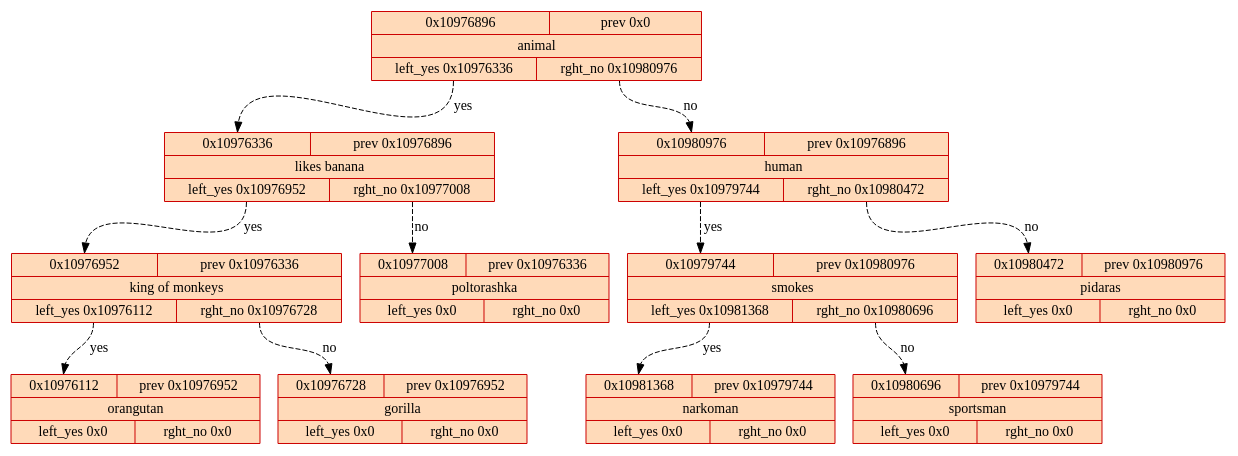
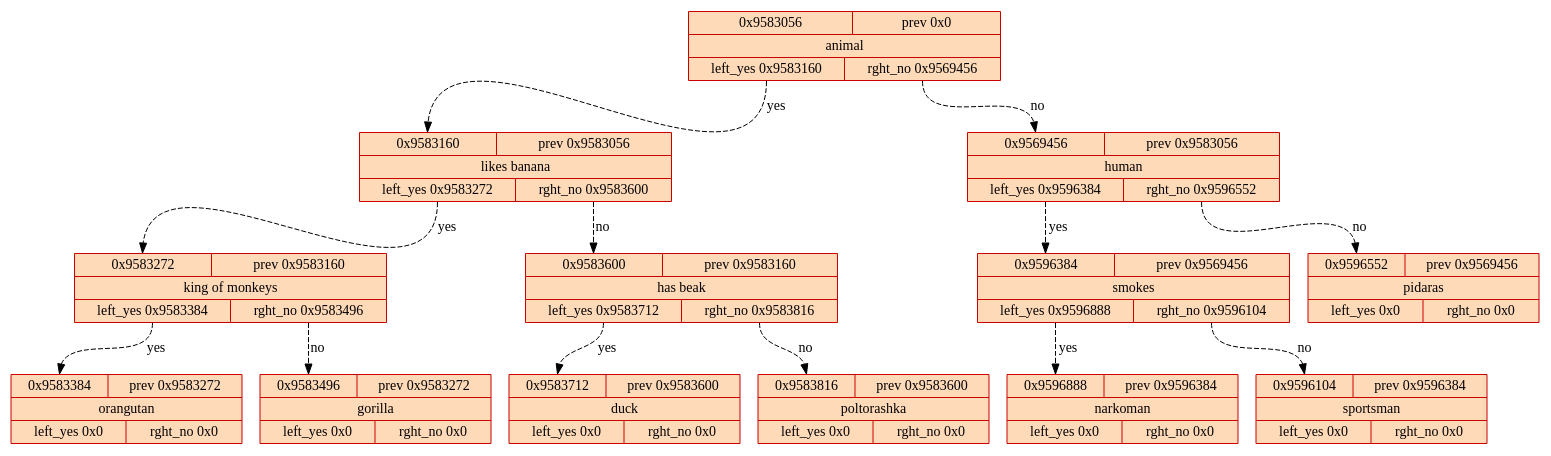
The diagram in tree_graph.gv (Art8mish/Akinator), drawn with Graphviz before and after one commit. The commit also changed 14 other files, not shown here.

```diff
--- a/tree_graph.gv
+++ b/tree_graph.gv
@@ -1,25 +1,29 @@
 digraph tree{
 	rankdir=TB;
 spline = ortho;
-	10976896[style="filled",fillcolor="peachpuff"shape=record,color=red3,label="{{<f0> 0x10976896 |<f3>prev 0x0}|animal|{<f2>left_yes 0x10976336 | <f1>rght_no 0x10980976}}"]
-	10976896:<f2>:s->10976336:<f0>:n[weight = 1, constraint=true, style="dashed", label="yes"]
-	10976896:<f1>:s->10980976:<f0>:n[weight = 1, constraint=true, style="dashed", label="no"]
-	10980976[style="filled",fillcolor="peachpuff"shape=record,color=red3,label="{{<f0> 0x10980976 |<f3>prev 0x10976896}|human|{<f2>left_yes 0x10979744 | <f1>rght_no 0x10980472}}"]
-	10980976:<f2>:s->10979744:<f0>:n[weight = 1, constraint=true, style="dashed", label="yes"]
-	10980976:<f1>:s->10980472:<f0>:n[weight = 1, constraint=true, style="dashed", label="no"]
-	10980472[style="filled",fillcolor="peachpuff"shape=record,color=red3,label="{{<f0> 0x10980472 |<f3>prev 0x10980976}|pidaras|{<f2>left_yes 0x0 | <f1>rght_no 0x0}}"]
-	10979744[style="filled",fillcolor="peachpuff"shape=record,color=red3,label="{{<f0> 0x10979744 |<f3>prev 0x10980976}|smokes|{<f2>left_yes 0x10981368 | <f1>rght_no 0x10980696}}"]
-	10979744:<f2>:s->10981368:<f0>:n[weight = 1, constraint=true, style="dashed", label="yes"]
-	10979744:<f1>:s->10980696:<f0>:n[weight = 1, constraint=true, style="dashed", label="no"]
-	10980696[style="filled",fillcolor="peachpuff"shape=record,color=red3,label="{{<f0> 0x10980696 |<f3>prev 0x10979744}|sportsman|{<f2>left_yes 0x0 | <f1>rght_no 0x0}}"]
-	10981368[style="filled",fillcolor="peachpuff"shape=record,color=red3,label="{{<f0> 0x10981368 |<f3>prev 0x10979744}|narkoman|{<f2>left_yes 0x0 | <f1>rght_no 0x0}}"]
-	10976336[style="filled",fillcolor="peachpuff"shape=record,color=red3,label="{{<f0> 0x10976336 |<f3>prev 0x10976896}|likes banana|{<f2>left_yes 0x10976952 | <f1>rght_no 0x10977008}}"]
-	10976336:<f2>:s->10976952:<f0>:n[weight = 1, constraint=true, style="dashed", label="yes"]
-	10976336:<f1>:s->10977008:<f0>:n[weight = 1, constraint=true, style="dashed", label="no"]
-	10977008[style="filled",fillcolor="peachpuff"shape=record,color=red3,label="{{<f0> 0x10977008 |<f3>prev 0x10976336}|poltorashka|{<f2>left_yes 0x0 | <f1>rght_no 0x0}}"]
-	10976952[style="filled",fillcolor="peachpuff"shape=record,color=red3,label="{{<f0> 0x10976952 |<f3>prev 0x10976336}|king of monkeys|{<f2>left_yes 0x10976112 | <f1>rght_no 0x10976728}}"]
-	10976952:<f2>:s->10976112:<f0>:n[weight = 1, constraint=true, style="dashed", label="yes"]
-	10976952:<f1>:s->10976728:<f0>:n[weight = 1, constraint=true, style="dashed", label="no"]
-	10976728[style="filled",fillcolor="peachpuff"shape=record,color=red3,label="{{<f0> 0x10976728 |<f3>prev 0x10976952}|gorilla|{<f2>left_yes 0x0 | <f1>rght_no 0x0}}"]
-	10976112[style="filled",fillcolor="peachpuff"shape=record,color=red3,label="{{<f0> 0x10976112 |<f3>prev 0x10976952}|orangutan|{<f2>left_yes 0x0 | <f1>rght_no 0x0}}"]
+	9583056[style="filled",fillcolor="peachpuff"shape=record,color=red3,label="{{<f0> 0x9583056 |<f3>prev 0x0}|animal|{<f2>left_yes 0x9583160 | <f1>rght_no 0x9569456}}"]
+	9583056:<f2>:s->9583160:<f0>:n[weight = 1, constraint=true, style="dashed", label="yes"]
+	9583056:<f1>:s->9569456:<f0>:n[weight = 1, constraint=true, style="dashed", label="no"]
+	9569456[style="filled",fillcolor="peachpuff"shape=record,color=red3,label="{{<f0> 0x9569456 |<f3>prev 0x9583056}|human|{<f2>left_yes 0x9596384 | <f1>rght_no 0x9596552}}"]
+	9569456:<f2>:s->9596384:<f0>:n[weight = 1, constraint=true, style="dashed", label="yes"]
+	9569456:<f1>:s->9596552:<f0>:n[weight = 1, constraint=true, style="dashed", label="no"]
+	9596552[style="filled",fillcolor="peachpuff"shape=record,color=red3,label="{{<f0> 0x9596552 |<f3>prev 0x9569456}|pidaras|{<f2>left_yes 0x0 | <f1>rght_no 0x0}}"]
+	9596384[style="filled",fillcolor="peachpuff"shape=record,color=red3,label="{{<f0> 0x9596384 |<f3>prev 0x9569456}|smokes|{<f2>left_yes 0x9596888 | <f1>rght_no 0x9596104}}"]
+	9596384:<f2>:s->9596888:<f0>:n[weight = 1, constraint=true, style="dashed", label="yes"]
+	9596384:<f1>:s->9596104:<f0>:n[weight = 1, constraint=true, style="dashed", label="no"]
+	9596104[style="filled",fillcolor="peachpuff"shape=record,color=red3,label="{{<f0> 0x9596104 |<f3>prev 0x9596384}|sportsman|{<f2>left_yes 0x0 | <f1>rght_no 0x0}}"]
+	9596888[style="filled",fillcolor="peachpuff"shape=record,color=red3,label="{{<f0> 0x9596888 |<f3>prev 0x9596384}|narkoman|{<f2>left_yes 0x0 | <f1>rght_no 0x0}}"]
+	9583160[style="filled",fillcolor="peachpuff"shape=record,color=red3,label="{{<f0> 0x9583160 |<f3>prev 0x9583056}|likes banana|{<f2>left_yes 0x9583272 | <f1>rght_no 0x9583600}}"]
+	9583160:<f2>:s->9583272:<f0>:n[weight = 1, constraint=true, style="dashed", label="yes"]
+	9583160:<f1>:s->9583600:<f0>:n[weight = 1, constraint=true, style="dashed", label="no"]
+	9583600[style="filled",fillcolor="peachpuff"shape=record,color=red3,label="{{<f0> 0x9583600 |<f3>prev 0x9583160}|has beak|{<f2>left_yes 0x9583712 | <f1>rght_no 0x9583816}}"]
+	9583600:<f2>:s->9583712:<f0>:n[weight = 1, constraint=true, style="dashed", label="yes"]
+	9583600:<f1>:s->9583816:<f0>:n[weight = 1, constraint=true, style="dashed", label="no"]
+	9583816[style="filled",fillcolor="peachpuff"shape=record,color=red3,label="{{<f0> 0x9583816 |<f3>prev 0x9583600}|poltorashka|{<f2>left_yes 0x0 | <f1>rght_no 0x0}}"]
+	9583712[style="filled",fillcolor="peachpuff"shape=record,color=red3,label="{{<f0> 0x9583712 |<f3>prev 0x9583600}|duck|{<f2>left_yes 0x0 | <f1>rght_no 0x0}}"]
+	9583272[style="filled",fillcolor="peachpuff"shape=record,color=red3,label="{{<f0> 0x9583272 |<f3>prev 0x9583160}|king of monkeys|{<f2>left_yes 0x9583384 | <f1>rght_no 0x9583496}}"]
+	9583272:<f2>:s->9583384:<f0>:n[weight = 1, constraint=true, style="dashed", label="yes"]
+	9583272:<f1>:s->9583496:<f0>:n[weight = 1, constraint=true, style="dashed", label="no"]
+	9583496[style="filled",fillcolor="peachpuff"shape=record,color=red3,label="{{<f0> 0x9583496 |<f3>prev 0x9583272}|gorilla|{<f2>left_yes 0x0 | <f1>rght_no 0x0}}"]
+	9583384[style="filled",fillcolor="peachpuff"shape=record,color=red3,label="{{<f0> 0x9583384 |<f3>prev 0x9583272}|orangutan|{<f2>left_yes 0x0 | <f1>rght_no 0x0}}"]
 }
```
